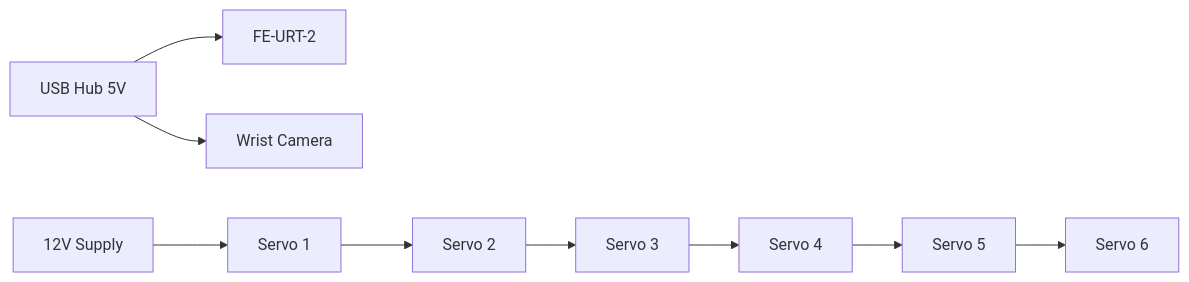
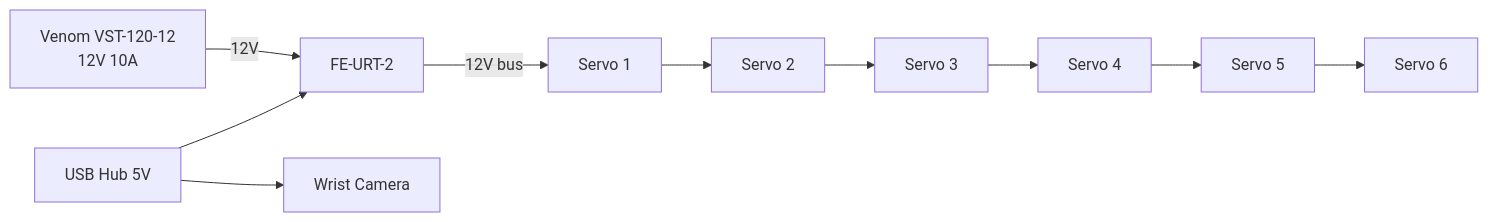
The fifth of 8 diagrams in electronics/ELECTRONICS.md (dark-neonus/Cleany_AI_Trash_Sorting_Robot), drawn with Mermaid before and after one commit. The commit also changed other lines of this file and 14 other files, not shown here.

````diff
--- a/electronics/ELECTRONICS.md
+++ b/electronics/ELECTRONICS.md
@@ -169,6 +198,7 @@
 ```mermaid
 flowchart LR
     HUB[USB Hub 5V] --> URT[FE-URT-2]
     HUB --> WCAM[Wrist Camera]
-    PSU12[12V Supply] --> S1[Servo 1] --> S2[Servo 2] --> S3[Servo 3] --> S4[Servo 4] --> S5[Servo 5] --> S6[Servo 6]
+    PSU12[Venom VST-120-12<br/>12V 10A] -->|12V| URT
+    URT -->|12V bus| S1[Servo 1] --> S2[Servo 2] --> S3[Servo 3] --> S4[Servo 4] --> S5[Servo 5] --> S6[Servo 6]
 ```
````
